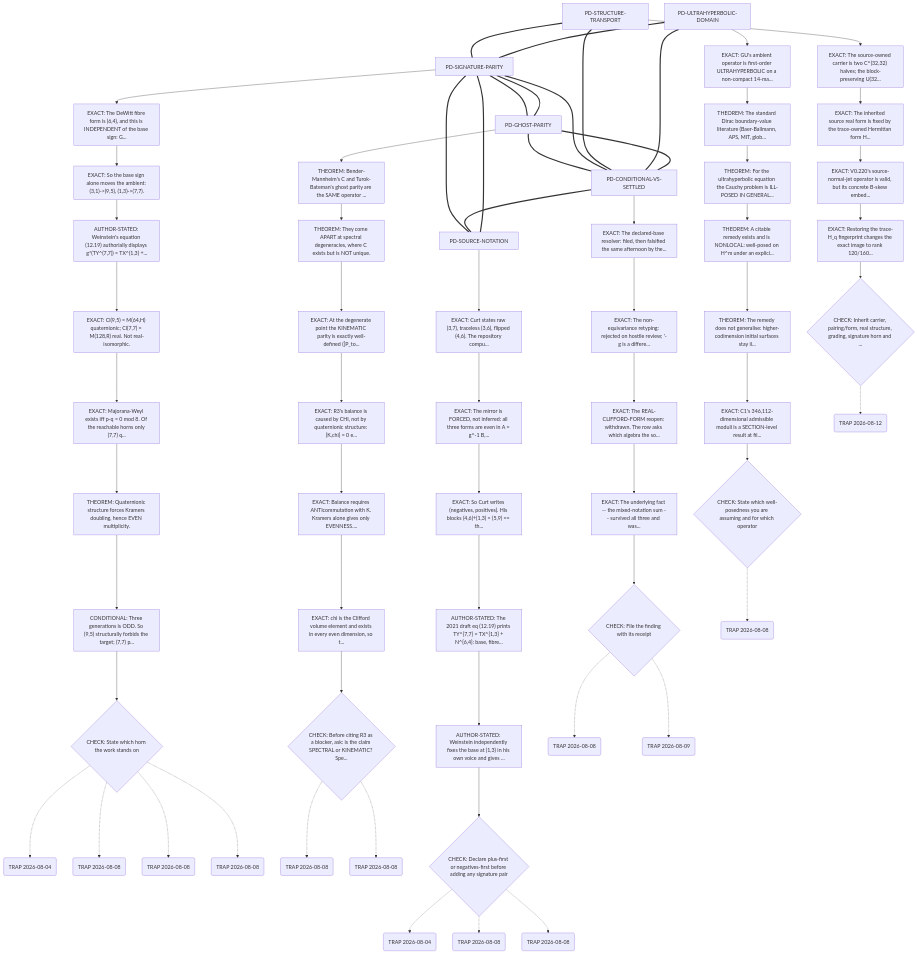
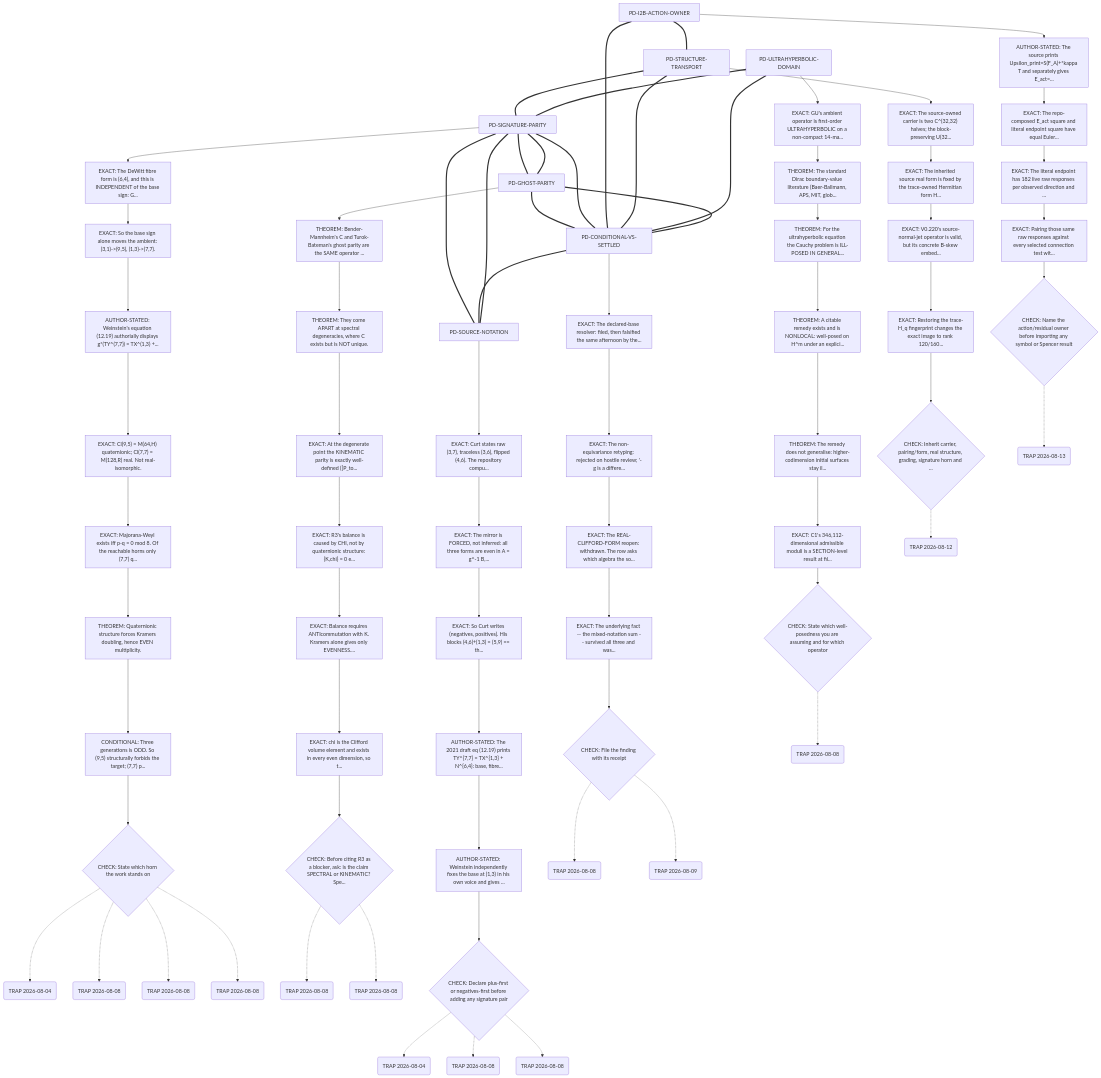
The diagram in lab/process/path-dependencies.md (disruptionjoe/gu-formalization), drawn with Mermaid before and after one commit. The commit also changed other lines of this file and 16 other files, not shown here.

Commit message:
Separate K77 endpoint and action Euler principal owners

````diff
--- a/lab/process/path-dependencies.md
+++ b/lab/process/path-dependencies.md
@@ -117,6 +117,19 @@
   PD_STRUCTURE_TRANSPORT_s3 --> PD_STRUCTURE_TRANSPORT_chk
   PD_STRUCTURE_TRANSPORT_t0("TRAP 2026-08-12")
   PD_STRUCTURE_TRANSPORT_chk -.-> PD_STRUCTURE_TRANSPORT_t0
+  PD_I2B_ACTION_OWNER["PD-I2B-ACTION-OWNER"]
+  PD_I2B_ACTION_OWNER_s0["AUTHOR-STATED: The source prints Upsilon_print=S(F_A)+*kappa T and separately gives E_act=..."]
+  PD_I2B_ACTION_OWNER --> PD_I2B_ACTION_OWNER_s0
+  PD_I2B_ACTION_OWNER_s1["EXACT: The repo-composed E_act square and literal endpoint square have equal Euler..."]
+  PD_I2B_ACTION_OWNER_s0 --> PD_I2B_ACTION_OWNER_s1
+  PD_I2B_ACTION_OWNER_s2["EXACT: The literal endpoint has 182 live raw responses per observed direction and ..."]
+  PD_I2B_ACTION_OWNER_s1 --> PD_I2B_ACTION_OWNER_s2
+  PD_I2B_ACTION_OWNER_s3["EXACT: Pairing those same raw responses against every selected connection test wit..."]
+  PD_I2B_ACTION_OWNER_s2 --> PD_I2B_ACTION_OWNER_s3
+  PD_I2B_ACTION_OWNER_chk{"CHECK: Name the action/residual owner before importing any symbol or Spencer result"}
+  PD_I2B_ACTION_OWNER_s3 --> PD_I2B_ACTION_OWNER_chk
+  PD_I2B_ACTION_OWNER_t0("TRAP 2026-08-13")
+  PD_I2B_ACTION_OWNER_chk -.-> PD_I2B_ACTION_OWNER_t0
   PD_SIGNATURE_PARITY === PD_SOURCE_NOTATION
   PD_SIGNATURE_PARITY === PD_GHOST_PARITY
   PD_GHOST_PARITY === PD_SIGNATURE_PARITY
@@ -129,4 +142,6 @@
   PD_ULTRAHYPERBOLIC_DOMAIN === PD_CONDITIONAL_VS_SETTLED
   PD_STRUCTURE_TRANSPORT === PD_CONDITIONAL_VS_SETTLED
   PD_STRUCTURE_TRANSPORT === PD_SIGNATURE_PARITY
+  PD_I2B_ACTION_OWNER === PD_STRUCTURE_TRANSPORT
+  PD_I2B_ACTION_OWNER === PD_CONDITIONAL_VS_SETTLED
 ```
````
